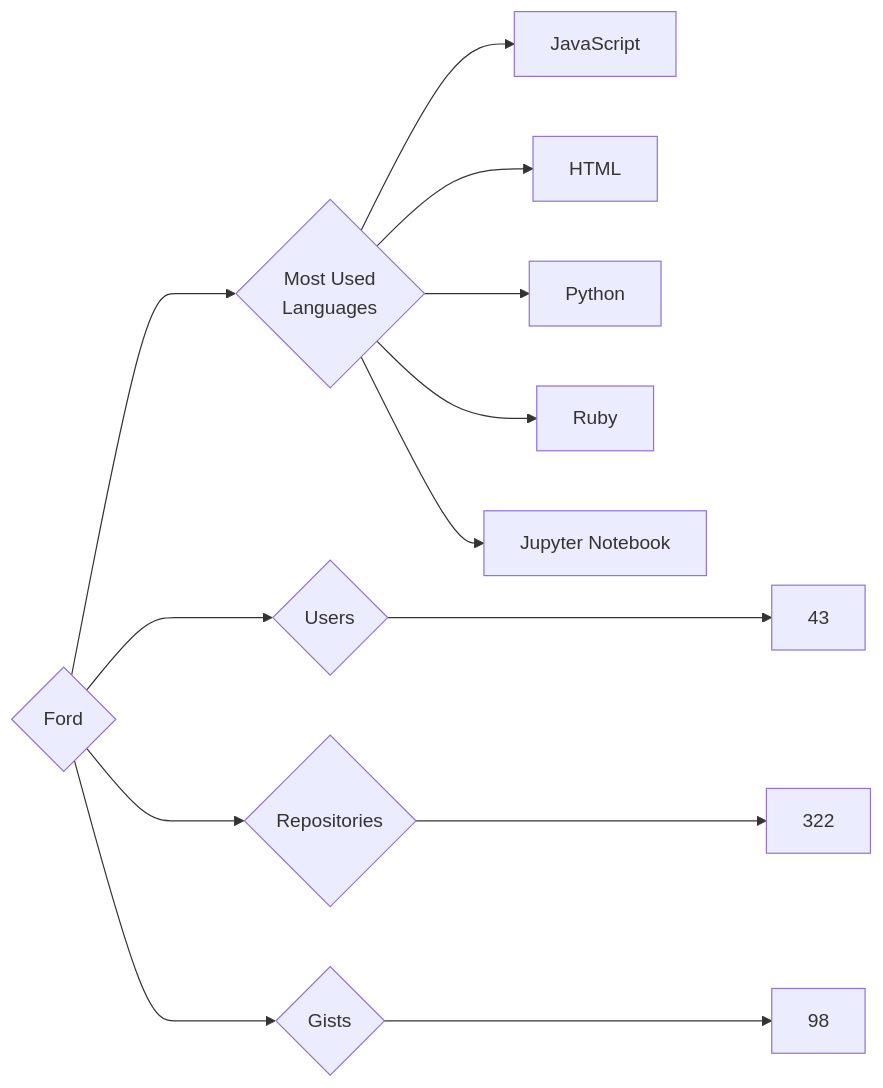
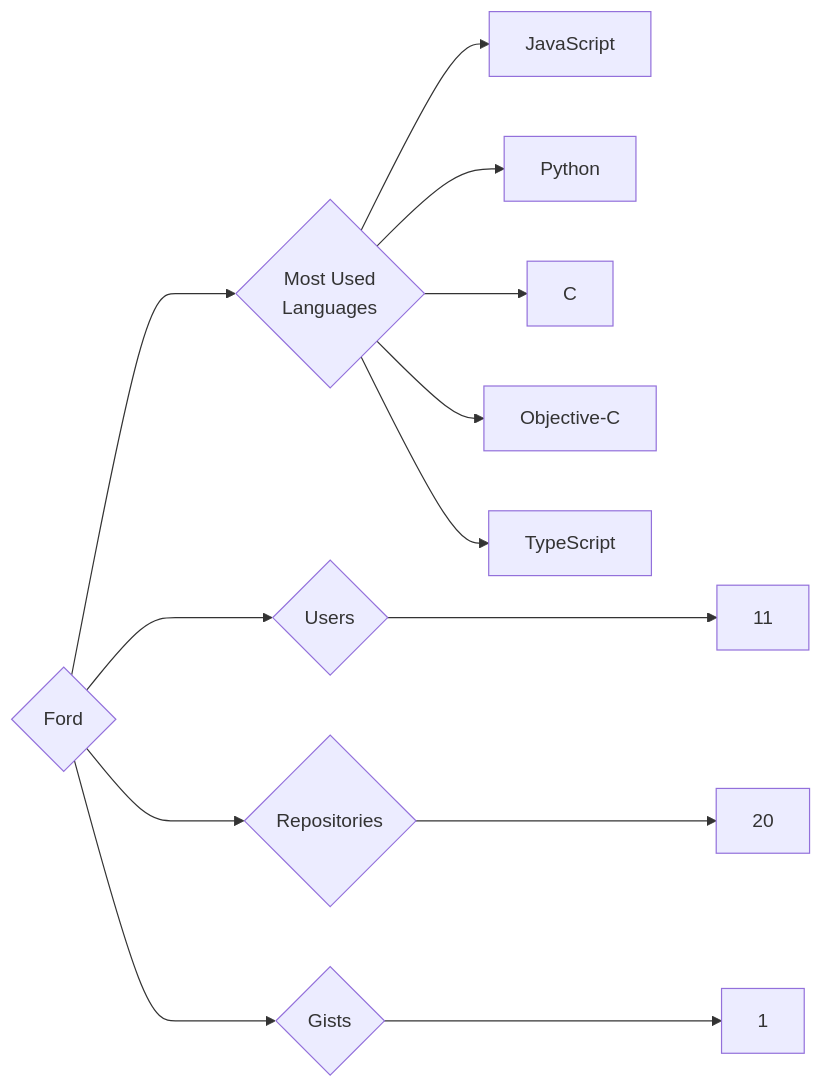
Before and after one commit to trickest/insiders: the diagram in targets/Ford/README.md, drawn with Mermaid. The commit also changed 681 other files, not shown here.

````diff
--- a/targets/Ford/README.md
+++ b/targets/Ford/README.md
@@ -3,13 +3,13 @@
 ```mermaid
 graph LR
 COMPANY_NAME{Ford}
-COMPANY_NAME ---> U{Users} ---> UN[43]
-COMPANY_NAME ---> R{Repositories} ---> RN[322]
-COMPANY_NAME ---> G{Gists} ---> GN[98]
+COMPANY_NAME ---> U{Users} ---> UN[11]
+COMPANY_NAME ---> R{Repositories} ---> RN[20]
+COMPANY_NAME ---> G{Gists} ---> GN[1]
 COMPANY_NAME ---> ML{Most Used<br>Languages}
 ML --> JavaScript[JavaScript]
-ML --> HTML[HTML]
 ML --> Python[Python]
-ML --> Ruby[Ruby]
-ML --> Jupyter_Notebook[Jupyter Notebook]
+ML --> C[C]
+ML --> Objective-C[Objective-C]
+ML --> TypeScript[TypeScript]
 ```
````
